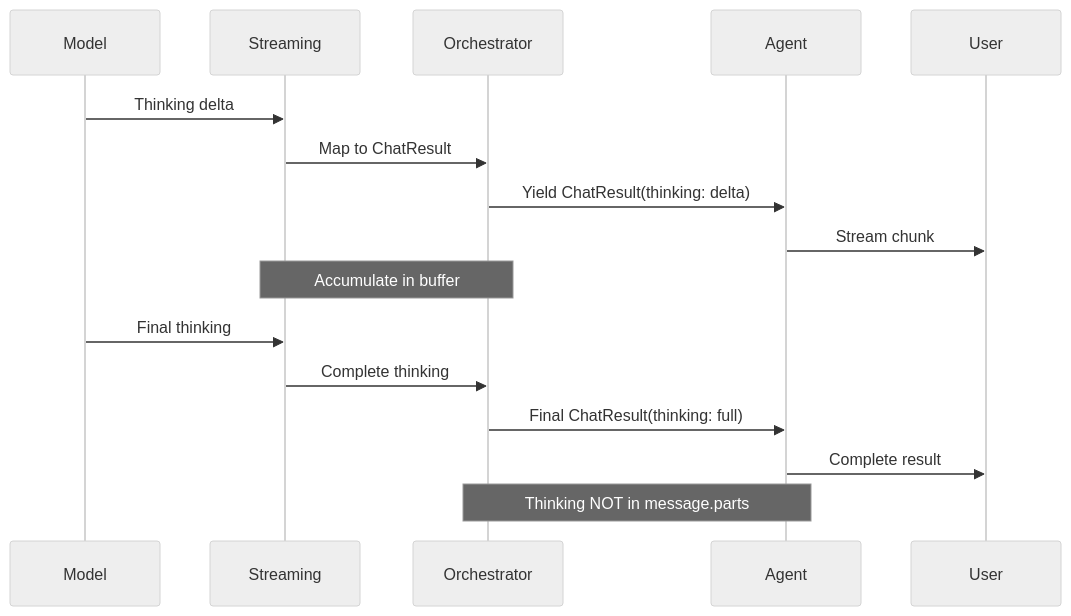
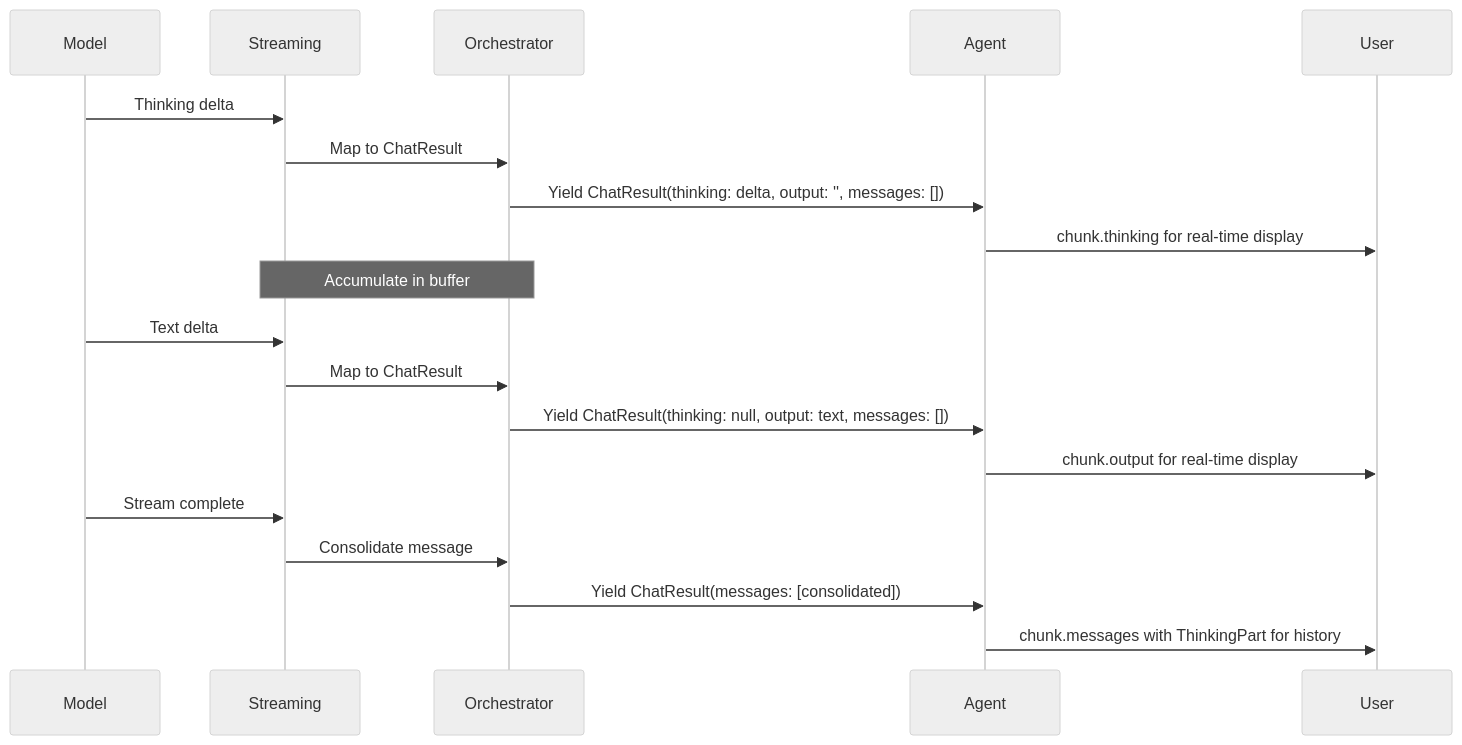
One commit to csells/dartantic changed the second of 2 diagrams in wiki/Thinking.md. Above: the diagram before and after it, drawn with Mermaid (neutral theme). The commit also changed other lines of this file and 41 other files, not shown here.

````diff
--- a/wiki/Thinking.md
+++ b/wiki/Thinking.md
@@ -73,19 +92,22 @@
 ```mermaid
 sequenceDiagram
     participant M as Model
     participant S as Streaming
     participant O as Orchestrator
     participant A as Agent
     participant U as User
 
     M->>S: Thinking delta
     S->>O: Map to ChatResult
-    O->>A: Yield ChatResult(thinking: delta)
-    A->>U: Stream chunk
+    O->>A: Yield ChatResult(thinking: delta, output: '', messages: [])
+    A->>U: chunk.thinking for real-time display
     Note over S,O: Accumulate in buffer
-    M->>S: Final thinking
-    S->>O: Complete thinking
-    O->>A: Final ChatResult(thinking: full)
-    A->>U: Complete result
-    Note over O,A: Thinking NOT in message.parts
+    M->>S: Text delta
+    S->>O: Map to ChatResult
+    O->>A: Yield ChatResult(thinking: null, output: text, messages: [])
+    A->>U: chunk.output for real-time display
+    M->>S: Stream complete
+    S->>O: Consolidate message
+    O->>A: Yield ChatResult(messages: [consolidated])
+    A->>U: chunk.messages with ThinkingPart for history
 ```
````
